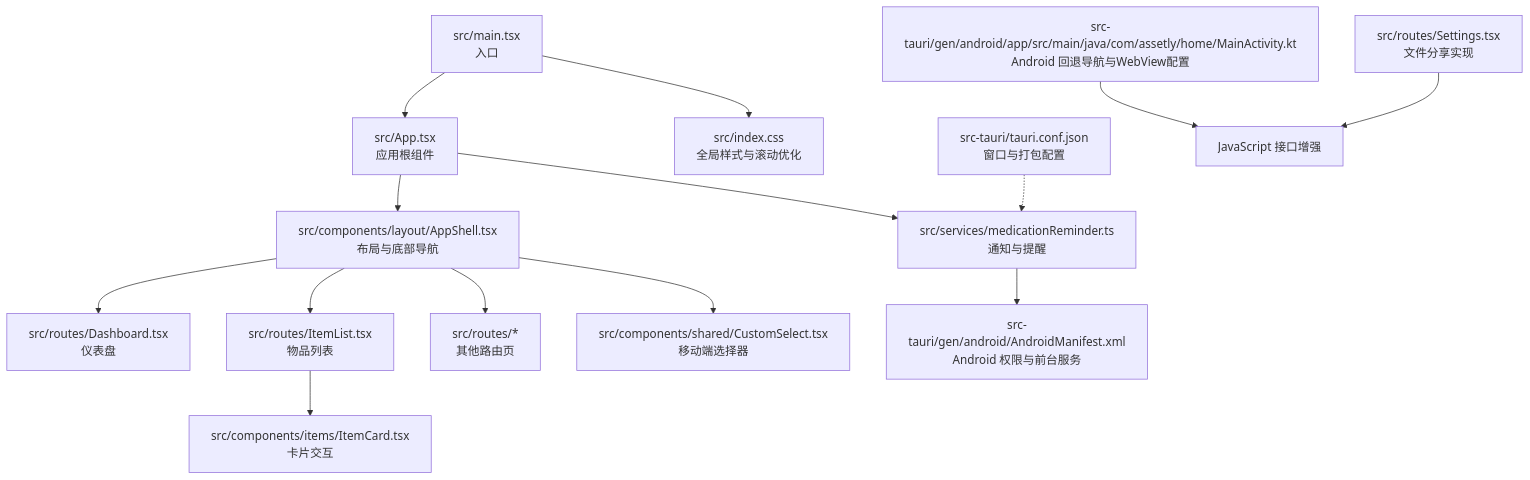
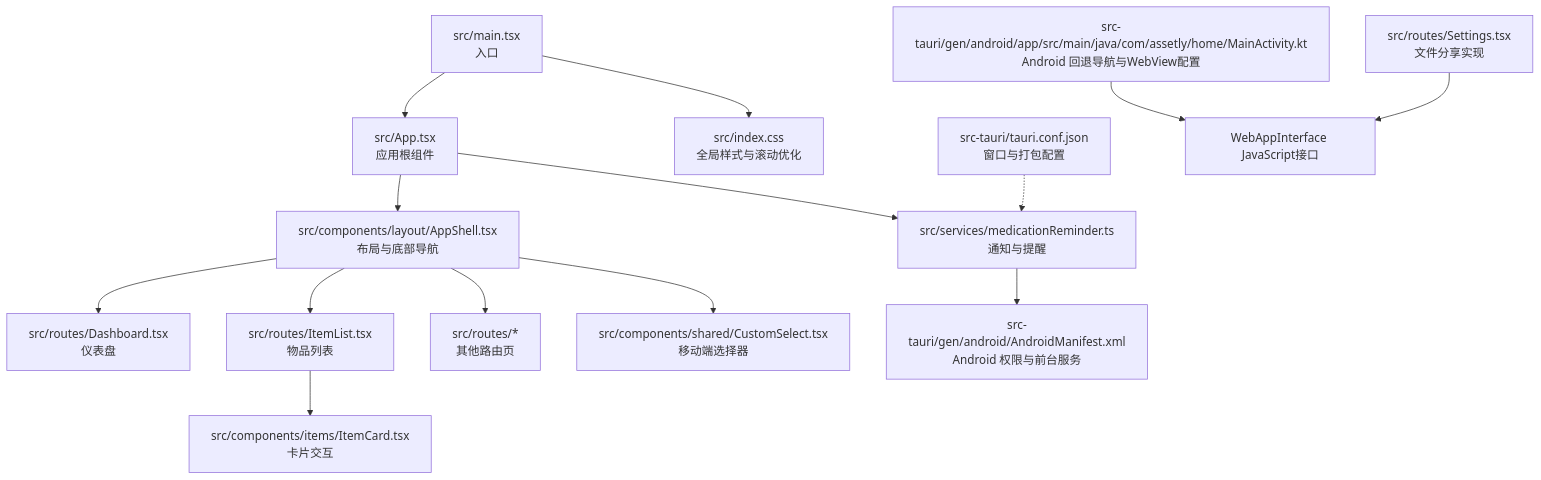
Before and after one commit to yn-zxj/Assetly: the first of 9 diagrams in .qoder/repowiki/zh/content/移动端优化.md, drawn with Mermaid. The commit also changed other lines of this file and 16 other files, not shown here.

````diff
--- a/.qoder/repowiki/zh/content/移动端优化.md
+++ b/.qoder/repowiki/zh/content/移动端优化.md
@@ -55,16 +55,16 @@
 ```mermaid
 graph TB
 A["src/main.tsx<br/>入口"] --> B["src/App.tsx<br/>应用根组件"]
 B --> C["src/components/layout/AppShell.tsx<br/>布局与底部导航"]
 C --> D["src/routes/Dashboard.tsx<br/>仪表盘"]
 C --> E["src/routes/ItemList.tsx<br/>物品列表"]
 C --> F["src/routes/*<br/>其他路由页"]
 A --> G["src/index.css<br/>全局样式与滚动优化"]
 C --> H["src/components/shared/CustomSelect.tsx<br/>移动端选择器"]
 E --> I["src/components/items/ItemCard.tsx<br/>卡片交互"]
 B --> J["src/services/medicationReminder.ts<br/>通知与提醒"]
 J --> K["src-tauri/gen/android/AndroidManifest.xml<br/>Android 权限与前台服务"]
 L["src-tauri/tauri.conf.json<br/>窗口与打包配置"] -.-> J
-M["src-tauri/gen/android/app/src/main/java/com/assetly/home/MainActivity.kt<br/>Android 回退导航与WebView配置"] --> N["JavaScript 接口增强"]
+M["src-tauri/gen/android/app/src/main/java/com/assetly/home/MainActivity.kt<br/>Android 回退导航与WebView配置"] --> N["WebAppInterface JavaScript接口"]
 O["src/routes/Settings.tsx<br/>文件分享实现"] --> N
 ```
````
